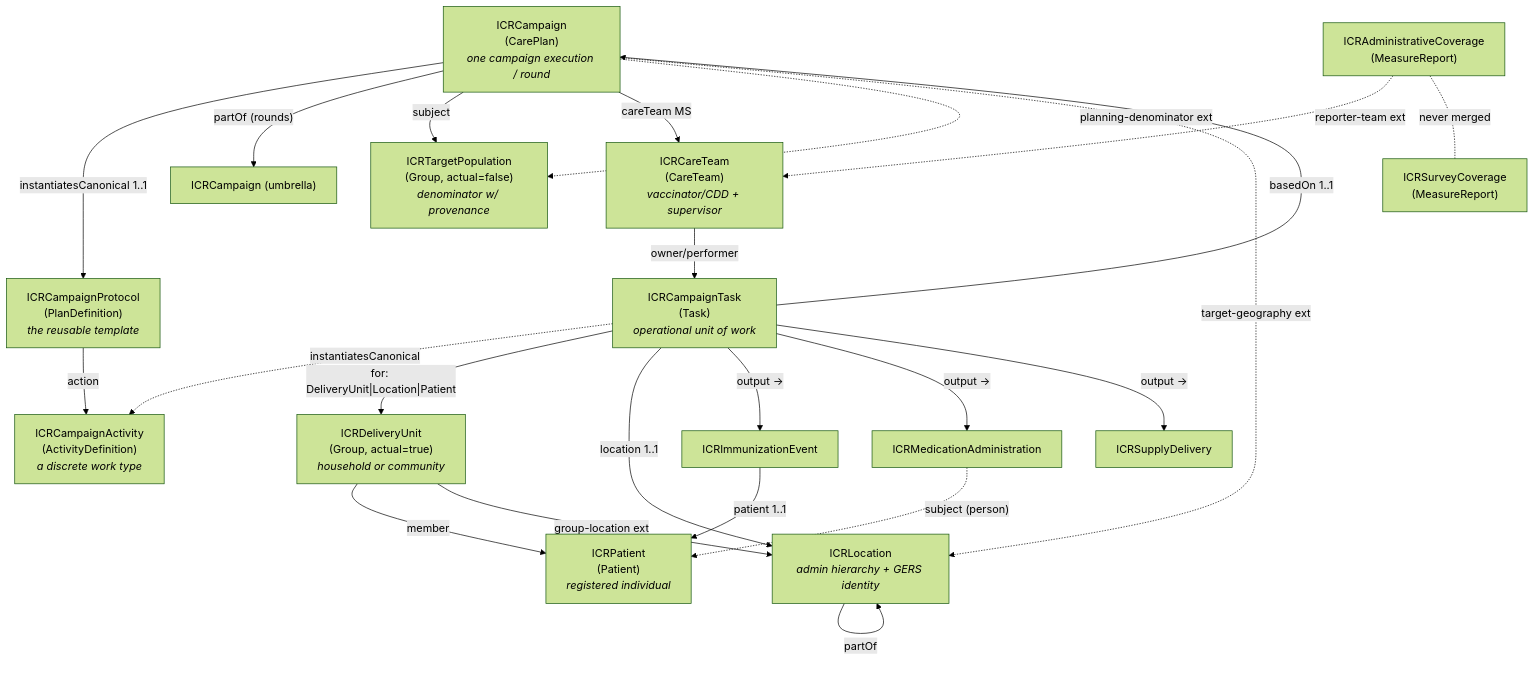
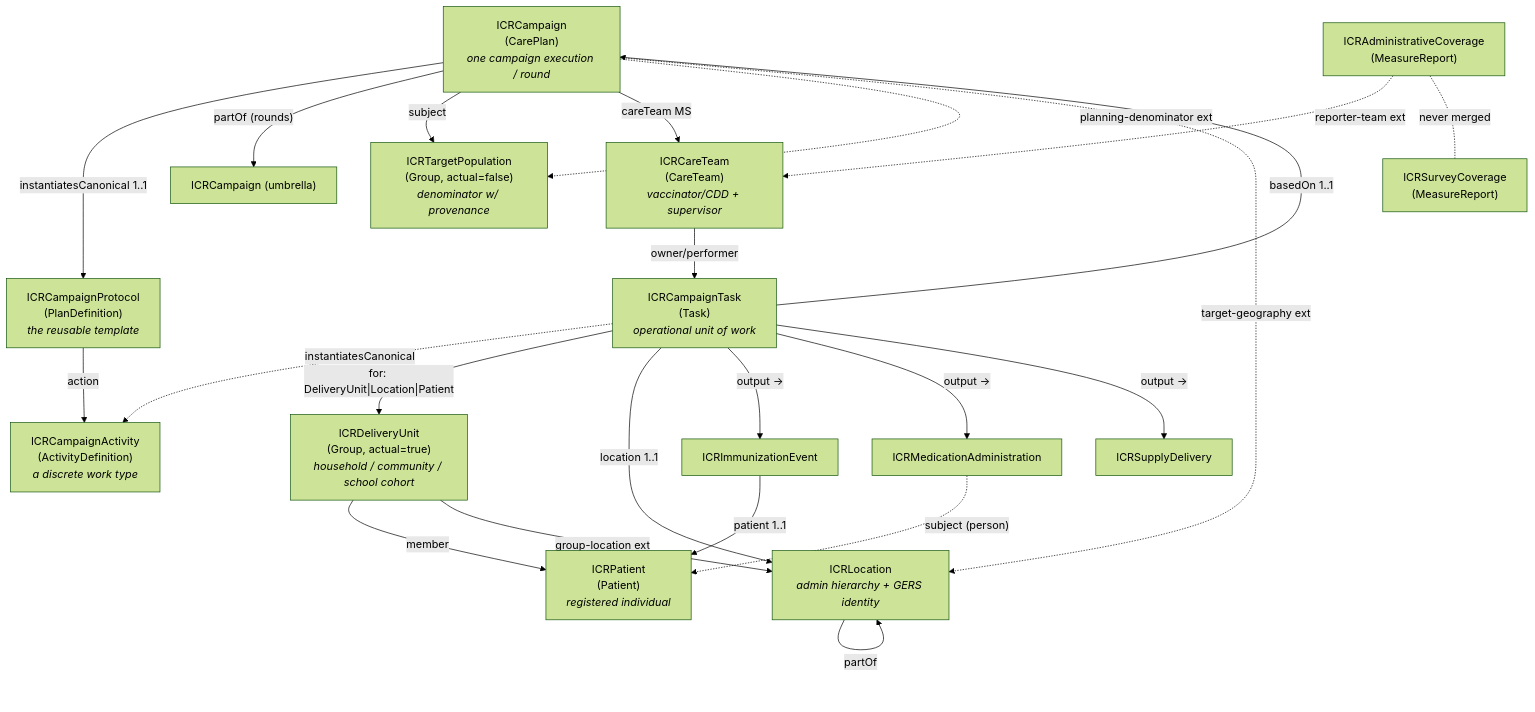
The first of 4 diagrams in project/ig-summary-v2.md (recodelabs/icr), drawn with Mermaid (forest theme) before and after one commit. The commit also changed other lines of this file and 5 other files, not shown here.

````diff
--- a/project/ig-summary-v2.md
+++ b/project/ig-summary-v2.md
@@ -199,41 +197,41 @@
 ```mermaid
 graph TD
     PD["ICRCampaignProtocol<br/>(PlanDefinition)<br/><i>the reusable template</i>"]
     AD["ICRCampaignActivity<br/>(ActivityDefinition)<br/><i>a discrete work type</i>"]
     CP["ICRCampaign<br/>(CarePlan)<br/><i>one campaign execution / round</i>"]
     CPU["ICRCampaign (umbrella)"]
     T["ICRCampaignTask<br/>(Task)<br/><i>operational unit of work</i>"]
     TP["ICRTargetPopulation<br/>(Group, actual=false)<br/><i>denominator w/ provenance</i>"]
-    HH["ICRDeliveryUnit<br/>(Group, actual=true)<br/><i>household or community</i>"]
+    HH["ICRDeliveryUnit<br/>(Group, actual=true)<br/><i>household / community / school cohort</i>"]
     PT["ICRPatient<br/>(Patient)<br/><i>registered individual</i>"]
     L["ICRLocation<br/><i>admin hierarchy + GERS identity</i>"]
     IMM["ICRImmunizationEvent"]
     MED["ICRMedicationAdministration"]
     SUP["ICRSupplyDelivery"]
     AC["ICRAdministrativeCoverage<br/>(MeasureReport)"]
     SC["ICRSurveyCoverage<br/>(MeasureReport)"]
     CT["ICRCareTeam<br/>(CareTeam)<br/><i>vaccinator/CDD + supervisor</i>"]
 
     PD -- "action" --> AD
     CP -- "instantiatesCanonical 1..1" --> PD
     CP -- "partOf (rounds)" --> CPU
     CP -- "subject" --> TP
     CP -- "careTeam MS" --> CT
     CT -- "owner/performer" --> T
     AC -. "reporter-team ext" .-> CT
     T -- "basedOn 1..1" --> CP
     T -. "instantiatesCanonical" .-> AD
     T -- "for: DeliveryUnit|Location|Patient" --> HH
     T -- "location 1..1" --> L
     T -- "output →" --> IMM
     T -- "output →" --> MED
     T -- "output →" --> SUP
     HH -- "member" --> PT
     IMM -- "patient 1..1" --> PT
     MED -. "subject (person)" .-> PT
     HH -- "group-location ext" --> L
     L -- "partOf" --> L
     CP -. "planning-denominator ext" .-> TP
     CP -. "target-geography ext" .-> L
     AC -. "never merged" .- SC
 ```
````
